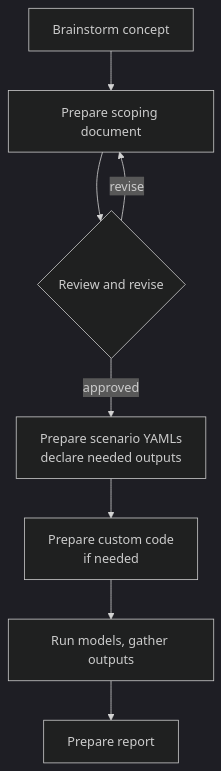
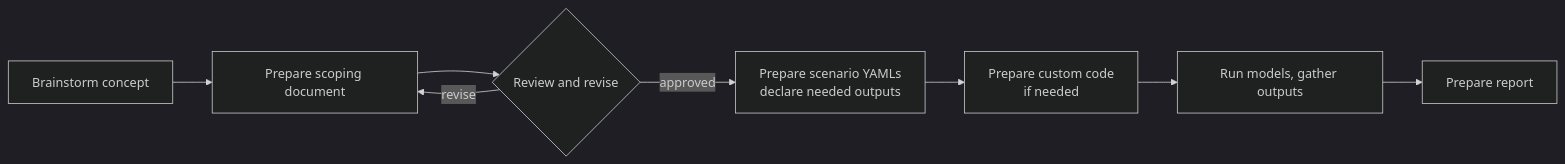
The diagram in reports/about/index.qmd (WFRCAnalytics/WF-TDM-Runs), drawn with Mermaid (dark theme) before and after one commit. The commit also changed other lines of this file and 9 other files, not shown here.

````diff
--- a/reports/about/index.qmd
+++ b/reports/about/index.qmd
@@ -54,10 +55,10 @@
 ```{mermaid}
-flowchart TD
+flowchart LR
     A[Brainstorm concept] --> B[Prepare scoping document]
     B --> C{Review and revise}
     C -->|revise| B
     C -->|approved| D[Prepare scenario YAMLs<br>declare needed outputs]
     D --> E[Prepare custom code<br>if needed]
     E --> F[Run models, gather outputs]
     F --> G[Prepare report]
 ```
````
